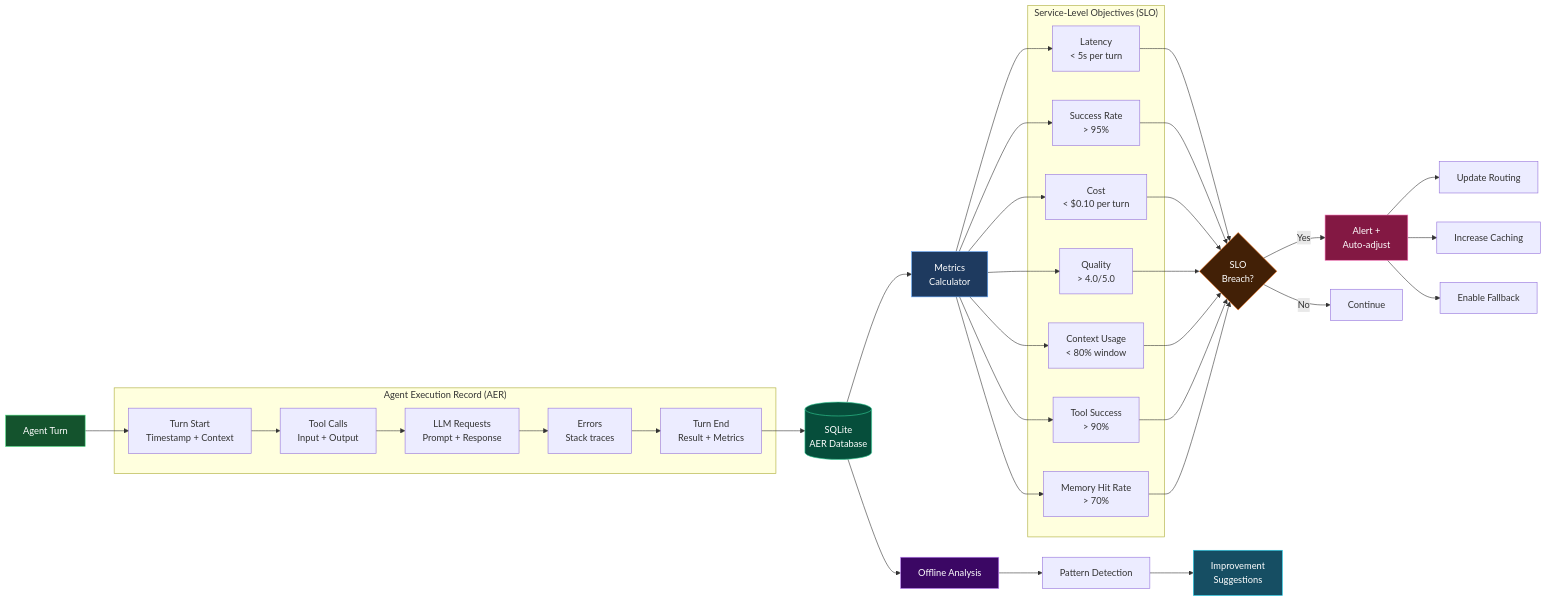
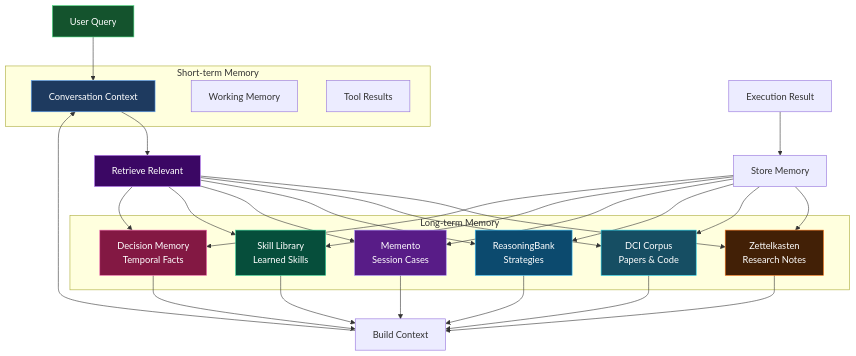
The eighth of 9 diagrams in docs/ARCHITECTURE_DIAGRAMS.md (ndqkhanh/lyra), drawn with Mermaid before and after one commit. The commit also changed other lines of this file, not shown here.

First line of the commit message:
docs: Update ARCHITECTURE_DIAGRAMS.md with all 5 completed plans

````diff
--- a/docs/ARCHITECTURE_DIAGRAMS.md
+++ b/docs/ARCHITECTURE_DIAGRAMS.md
@@ -352,49 +422,44 @@
 ```mermaid
-graph LR
-    subgraph "Agent Execution Record (AER)"
-        A1[Turn Start<br/>Timestamp + Context]
-        A2[Tool Calls<br/>Input + Output]
-        A3[LLM Requests<br/>Prompt + Response]
-        A4[Errors<br/>Stack traces]
-        A5[Turn End<br/>Result + Metrics]
+graph TB
+    subgraph "Short-term Memory"
+        ST1[Conversation Context]
+        ST2[Working Memory]
+        ST3[Tool Results]
     end
     
-    subgraph "Service-Level Objectives (SLO)"
-        S1[Latency<br/>< 5s per turn]
-        S2[Success Rate<br/>> 95%]
-        S3[Cost<br/>< $0.10 per turn]
-        S4[Quality<br/>> 4.0/5.0]
-        S5[Context Usage<br/>< 80% window]
-        S6[Tool Success<br/>> 90%]
-        S7[Memory Hit Rate<br/>> 70%]
+    subgraph "Long-term Memory"
+        LT1[Zettelkasten<br/>Research Notes]
+        LT2[DCI Corpus<br/>Papers & Code]
+        LT3[ReasoningBank<br/>Strategies]
+        LT4[Memento<br/>Session Cases]
+        LT5[Skill Library<br/>Learned Skills]
+        LT6[Decision Memory<br/>Temporal Facts]
     end
     
-    TURN[Agent Turn] --> A1
-    A1 --> A2 --> A3 --> A4 --> A5
+    QUERY[User Query] --> ST1
+    ST1 --> RETRIEVE[Retrieve Relevant]
     
-    A5 --> SQLITE[(SQLite<br/>AER Database)]
+    RETRIEVE --> LT1 & LT2 & LT3 & LT4 & LT5 & LT6
     
-    SQLITE --> METRICS[Metrics<br/>Calculator]
-    METRICS --> S1 & S2 & S3 & S4 & S5 & S6 & S7
+    LT1 --> CONTEXT[Build Context]
+    LT2 --> CONTEXT
+    LT3 --> CONTEXT
+    LT4 --> CONTEXT
+    LT5 --> CONTEXT
+    LT6 --> CONTEXT
     
-    S1 & S2 & S3 & S4 & S5 & S6 & S7 --> BREACH{SLO<br/>Breach?}
+    CONTEXT --> ST1
     
-    BREACH -->|Yes| ALERT[Alert +<br/>Auto-adjust]
-    BREACH -->|No| CONTINUE[Continue]
+    RESULT[Execution Result] --> STORE[Store Memory]
+    STORE --> LT1 & LT2 & LT3 & LT4 & LT5 & LT6
     
-    ALERT --> ROUTING[Update Routing]
-    ALERT --> CACHING[Increase Caching]
-    ALERT --> FALLBACK[Enable Fallback]
-    
-    SQLITE --> ANALYSIS[Offline Analysis]
-    ANALYSIS --> PATTERNS[Pattern Detection]
-    PATTERNS --> IMPROVE[Improvement<br/>Suggestions]
-    
-    style TURN fill:#14532d,stroke:#4ade80,color:#fff
-    style SQLITE fill:#064e3b,stroke:#34d399,color:#fff
-    style METRICS fill:#1e3a5f,stroke:#60a5fa,color:#fff
-    style BREACH fill:#422006,stroke:#f97316,color:#fff
-    style ALERT fill:#831843,stroke:#f472b6,color:#fff
-    style ANALYSIS fill:#3b0764,stroke:#c084fc,color:#fff
-    style IMPROVE fill:#164e63,stroke:#22d3ee,color:#fff
+    style QUERY fill:#14532d,stroke:#4ade80,color:#fff
+    style ST1 fill:#1e3a5f,stroke:#60a5fa,color:#fff
+    style RETRIEVE fill:#3b0764,stroke:#c084fc,color:#fff
+    style LT1 fill:#422006,stroke:#f97316,color:#fff
+    style LT2 fill:#164e63,stroke:#22d3ee,color:#fff
+    style LT3 fill:#0c4a6e,stroke:#38bdf8,color:#fff
+    style LT4 fill:#581c87,stroke:#a78bfa,color:#fff
+    style LT5 fill:#064e3b,stroke:#34d399,color:#fff
+    style LT6 fill:#831843,stroke:#f472b6,color:#fff
 ```
````
